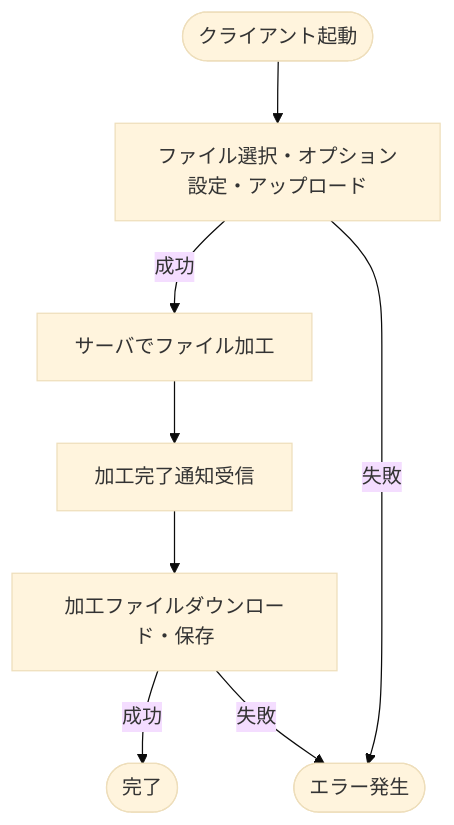
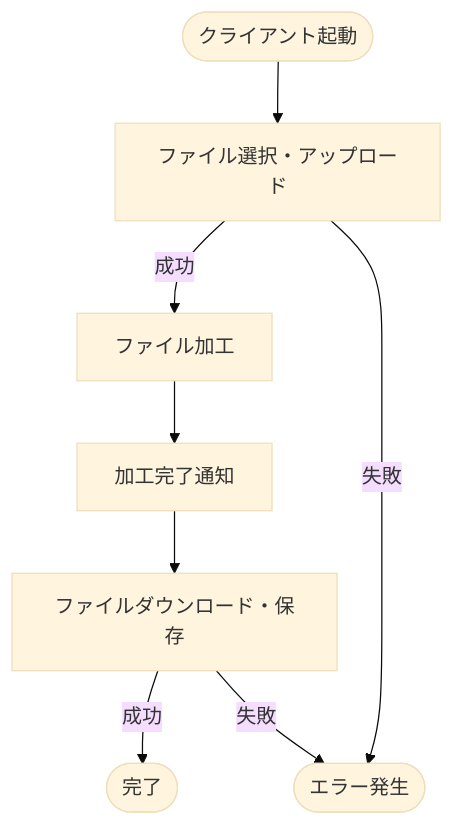
One commit to BackendExplorer/Video-Processor changed the diagram in README.md. Above: the diagram before and after it, drawn with Mermaid (base theme).

````diff
--- a/README.md
+++ b/README.md
@@ -153,17 +153,17 @@
 ```mermaid
 flowchart TD
     Start(["クライアント起動"])
-    アップロード["ファイル選択・オプション設定・アップロード"]
-    加工処理["サーバでファイル加工"]
-    加工通知["加工完了通知受信"]
-    ダウンロード["加工ファイルダウンロード・保存"]
+    アップロード["ファイル選択・アップロード"]
+    加工["ファイル加工"]
+    通知["加工完了通知"]
+    ダウンロード["ファイルダウンロード・保存"]
     完了(["完了"])
     エラー(["エラー発生"])
 
     Start --> アップロード
-    アップロード -- 成功 --> 加工処理
+    アップロード -- 成功 --> 加工
     アップロード -- 失敗 --> エラー
-    加工処理 --> 加工通知 --> ダウンロード
+    加工 --> 通知 --> ダウンロード
     ダウンロード -- 成功 --> 完了
     ダウンロード -- 失敗 --> エラー
 ```
````
